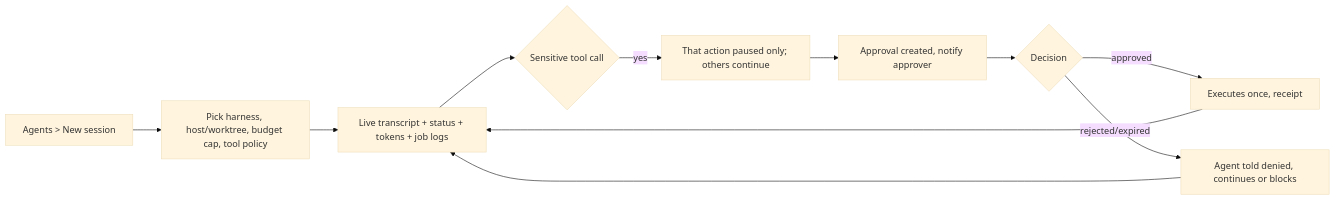
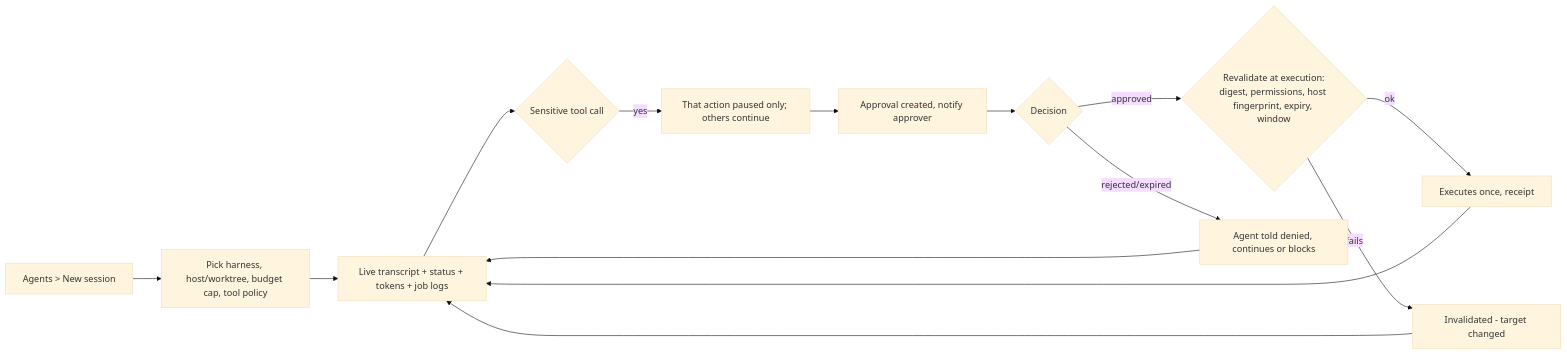
One commit to snbu229/Nexus-Terminal changed the third of 4 diagrams in docs/ux/flows.md. Above: the diagram before and after it, drawn with Mermaid (base theme). The commit also changed other lines of this file and 5 other files, not shown here.

````diff
--- a/docs/ux/flows.md
+++ b/docs/ux/flows.md
@@ -40,11 +50,13 @@
 ```mermaid
 flowchart LR
   A[Agents > New session] --> B[Pick harness, host/worktree, budget cap, tool policy]
   B --> C[Live transcript + status + tokens + job logs]
   C --> D{Sensitive tool call}
   D -- yes --> E[That action paused only; others continue]
   E --> F[Approval created, notify approver]
   F --> G{Decision}
-  G -- approved --> H[Executes once, receipt] --> C
+  G -- approved --> V{Revalidate at execution:<br/>digest, permissions, host fingerprint, expiry, window}
+  V -- ok --> H[Executes once, receipt] --> C
+  V -- fails --> W[Invalidated - target changed] --> C
   G -- rejected/expired --> I[Agent told denied, continues or blocks] --> C
 ```
````
